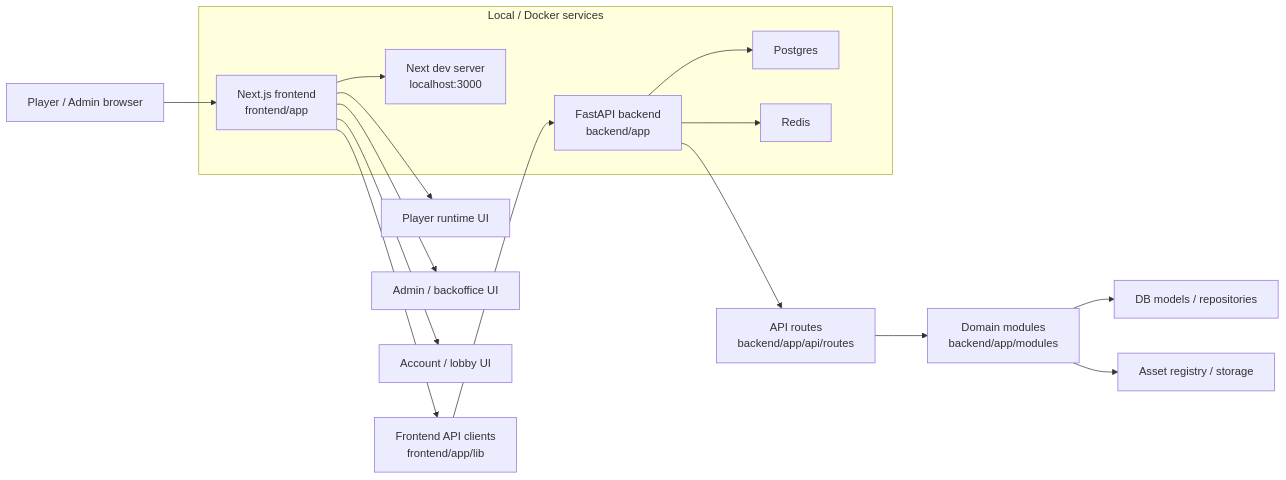
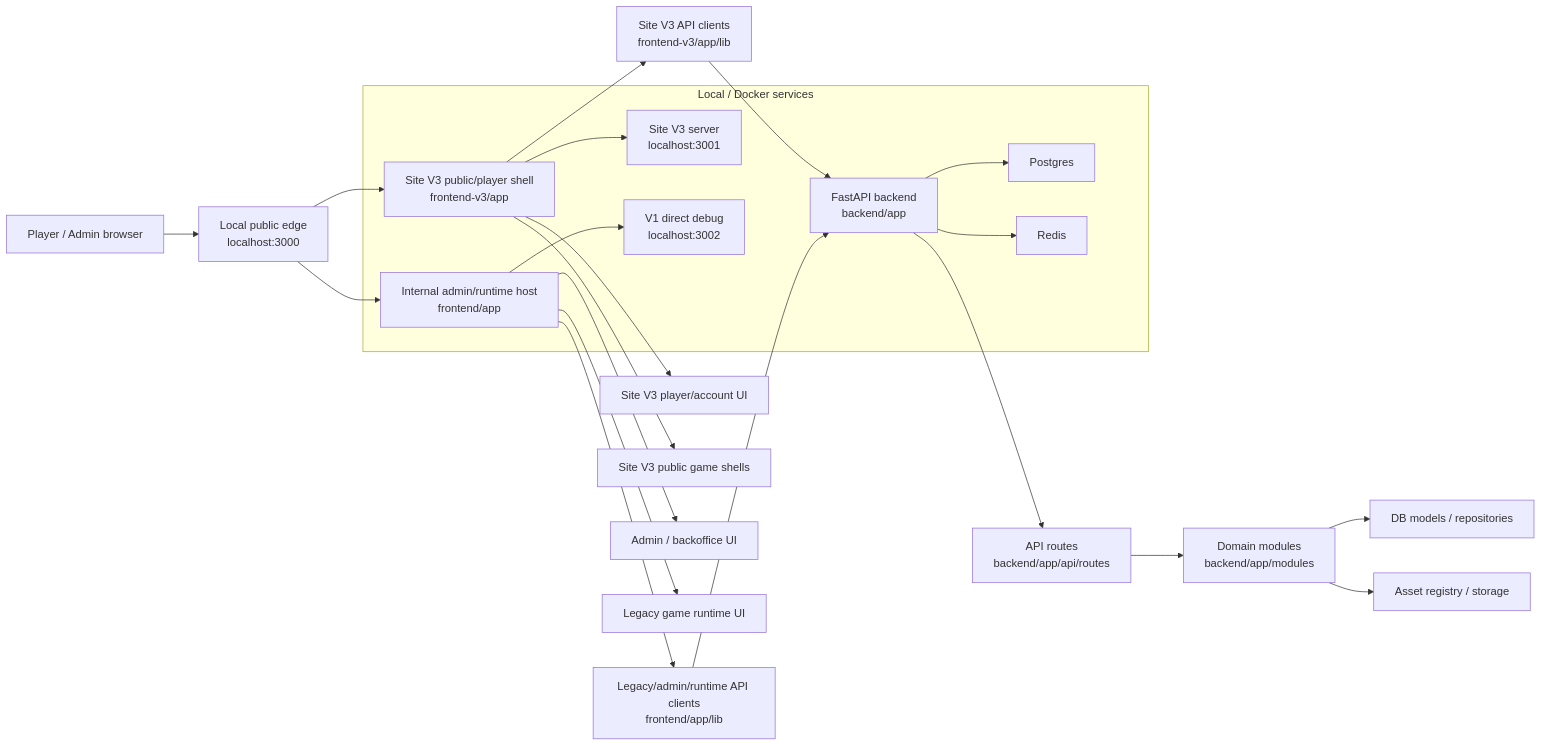
Before and after one commit to moromike/casinoking-platform: the first of 11 diagrams in docs/CODE_ARCHITECTURE_MERMAID_MAP_2026-05-22.md, drawn with Mermaid. The commit also changed other lines of this file and 16 other files, not shown here.

Commit message:
feat(site-v3): retire direct v1 player auth routes

````diff
--- a/docs/CODE_ARCHITECTURE_MERMAID_MAP_2026-05-22.md
+++ b/docs/CODE_ARCHITECTURE_MERMAID_MAP_2026-05-22.md
@@ -25,21 +25,27 @@
 ```mermaid
 flowchart LR
-  User["Player / Admin browser"] --> FE["Next.js frontend<br/>frontend/app"]
-  FE --> APIClient["Frontend API clients<br/>frontend/app/lib"]
-  APIClient --> BE["FastAPI backend<br/>backend/app"]
+  User["Player / Admin browser"] --> Edge["Local public edge<br/>localhost:3000"]
+  Edge --> FEv3["Site V3 public/player shell<br/>frontend-v3/app"]
+  Edge --> FEv1["Internal admin/runtime host<br/>frontend/app"]
+  FEv3 --> APIClientV3["Site V3 API clients<br/>frontend-v3/app/lib"]
+  FEv1 --> APIClientV1["Legacy/admin/runtime API clients<br/>frontend/app/lib"]
+  APIClientV3 --> BE["FastAPI backend<br/>backend/app"]
+  APIClientV1 --> BE
 
   subgraph Docker["Local / Docker services"]
     BE --> PG["Postgres"]
     BE --> Redis["Redis"]
-    FE --> NextDev["Next dev server<br/>localhost:3000"]
+    FEv3 --> NextV3["Site V3 server<br/>localhost:3001"]
+    FEv1 --> NextV1["V1 direct debug<br/>localhost:3002"]
   end
 
   BE --> Routes["API routes<br/>backend/app/api/routes"]
   Routes --> Modules["Domain modules<br/>backend/app/modules"]
   Modules --> DB["DB models / repositories"]
   Modules --> Assets["Asset registry / storage"]
 
-  FE --> PlayerUI["Player runtime UI"]
-  FE --> AdminUI["Admin / backoffice UI"]
-  FE --> AccountUI["Account / lobby UI"]
+  FEv3 --> PlayerUI["Site V3 player/account UI"]
+  FEv3 --> GameShellUI["Site V3 public game shells"]
+  FEv1 --> AdminUI["Admin / backoffice UI"]
+  FEv1 --> RuntimeUI["Legacy game runtime UI"]
 ```
````
